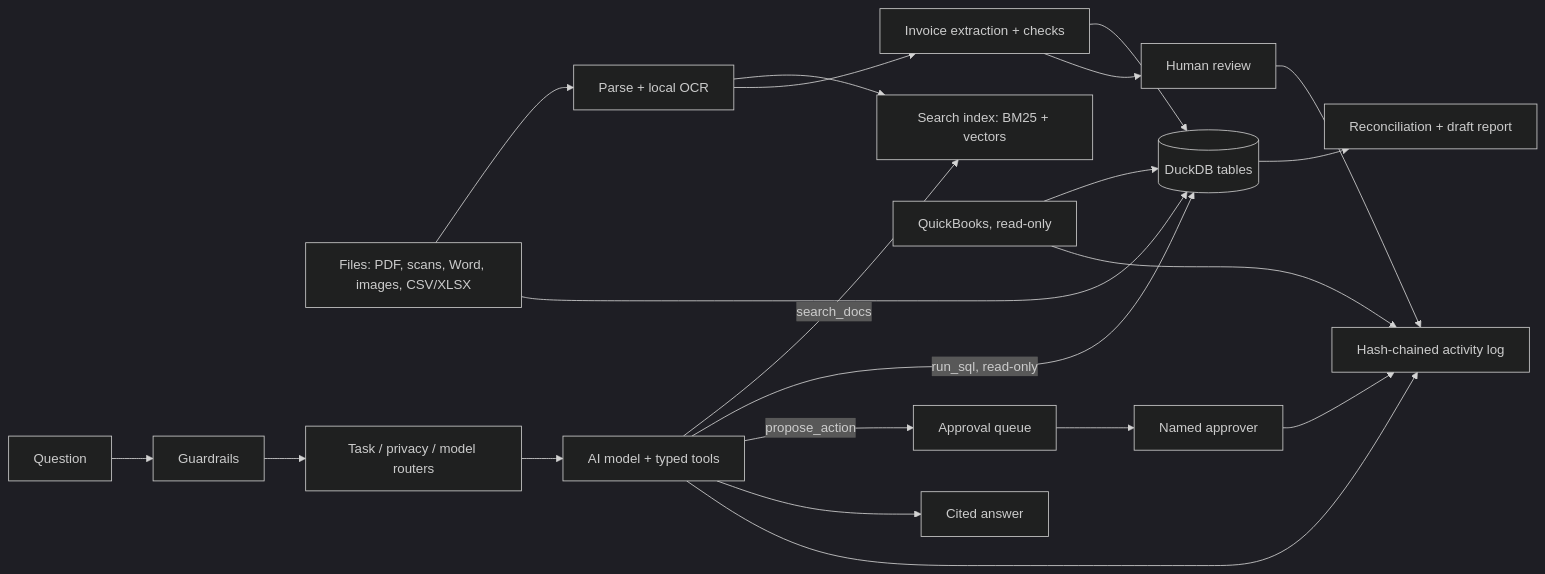
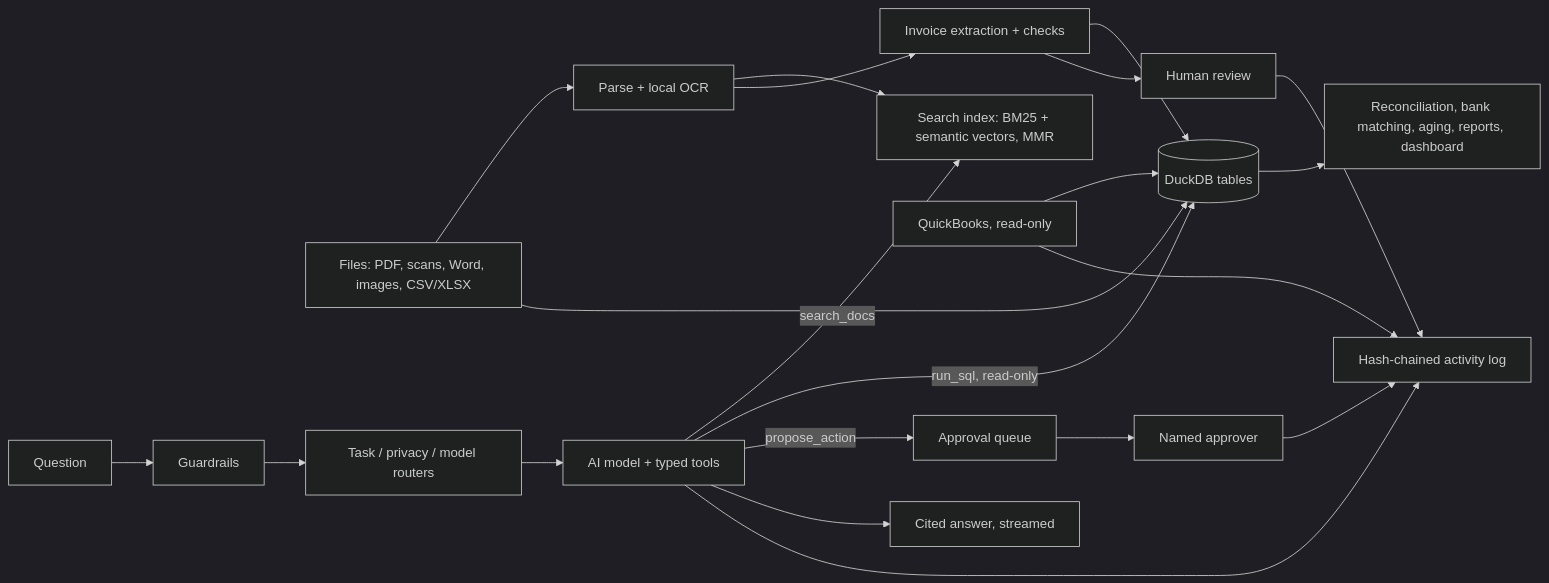
The diagram in README.md (GopalGB/rag-analytics-assistant), drawn with Mermaid (dark theme) before and after one commit. The commit also changed other lines of this file and 54 other files, not shown here.

First line of the commit message:
Add dashboard, streaming, semantic search, accounting reports, ops hardening and architecture docs

````diff
--- a/README.md
+++ b/README.md
@@ -90,18 +103,18 @@
 ```mermaid
 flowchart LR
     F[Files: PDF, scans, Word, images, CSV/XLSX] --> P[Parse + local OCR]
-    P --> I[Search index: BM25 + vectors]
+    P --> I[Search index: BM25 + semantic vectors, MMR]
     P --> X[Invoice extraction + checks]
     F --> T[(DuckDB tables)]
     X --> T
     Q[QuickBooks, read-only] --> T
-    T --> R[Reconciliation + draft report]
+    T --> R[Reconciliation, bank matching, aging, reports, dashboard]
     U[Question] --> G[Guardrails] --> RT[Task / privacy / model routers] --> A[AI model + typed tools]
     A -->|search_docs| I
     A -->|run_sql, read-only| T
     A -->|propose_action| AP[Approval queue]
-    A --> S[Cited answer]
+    A --> S[Cited answer, streamed]
     X --> RV[Human review]
     AP --> H[Named approver]
     RV & H & A & Q --> L[Hash-chained activity log]
 ```
````
